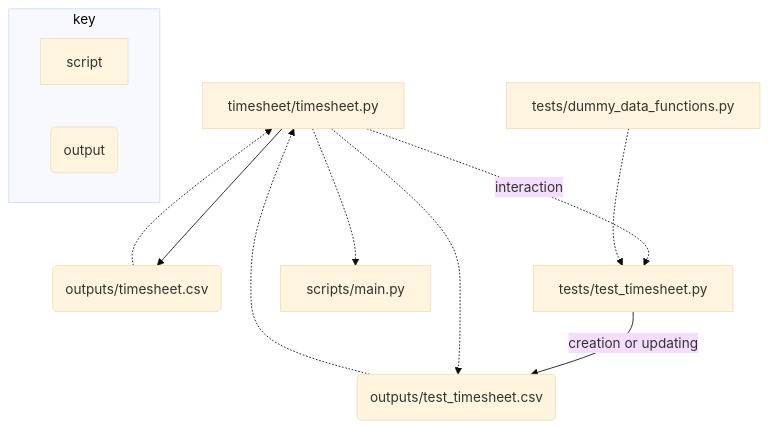
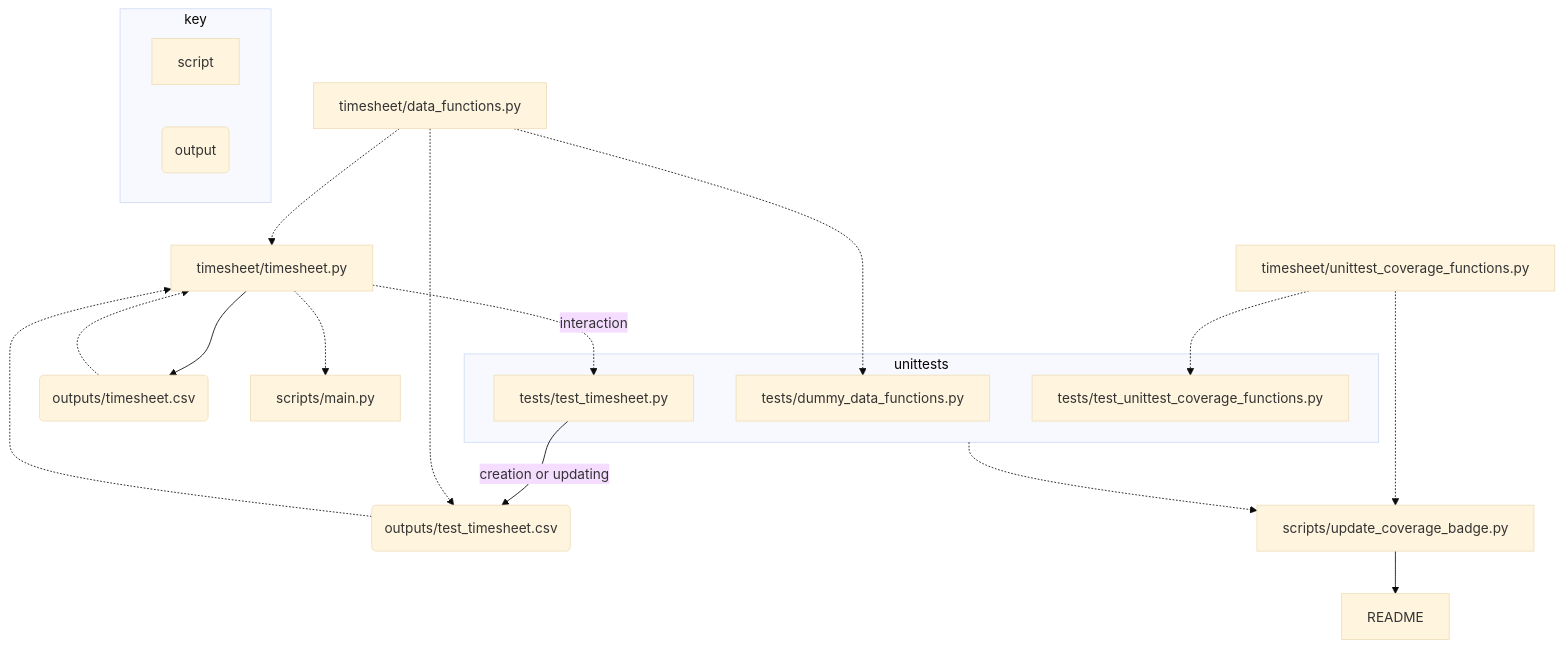
Before and after one commit to JosephCrispell/timesheet: the diagram in README.md, drawn with Mermaid (base theme). The commit also changed other lines of this file, not shown here.

Commit message:
Updated workflow

````diff
--- a/README.md
+++ b/README.md
@@ -51,15 +51,25 @@
 ```mermaid
   graph TD
     timesheet[timesheet/timesheet.py] --> data(outputs/timesheet.csv);
     data .-> timesheet;
+    data_functions[timesheet/data_functions.py] .-> timesheet;
     timesheet .->|interaction| test_timesheet[tests/test_timesheet.py];
-    dummy_data_functions[tests/dummy_data_functions.py] .-> test_timesheet
+    data_functions .-> test_data_functions[tests/dummy_data_functions.py];
     test_timesheet -->|creation or updating| test_data(outputs/test_timesheet.csv);
     test_data .-> timesheet;
-    timesheet .-> test_data;
+    data_functions .-> test_data;
     timesheet .-> main[scripts/main.py];
     subgraph "key"
         k1[script];
         k2(output);
     end
+    coverage_functions[timesheet/unittest_coverage_functions.py] .-> update_coverage_badge[scripts/update_coverage_badge.py];
+    coverage_functions .-> test_coverage[tests/test_unittest_coverage_functions.py];
+    update_coverage_badge --> readme[README];
+    subgraph "unittests"
+        test_timesheet[tests/test_timesheet.py];
+        test_data_functions[tests/dummy_data_functions.py];
+        test_coverage[tests/test_unittest_coverage_functions.py];
+    end
+    unittests .-> update_coverage_badge
 ```
````
